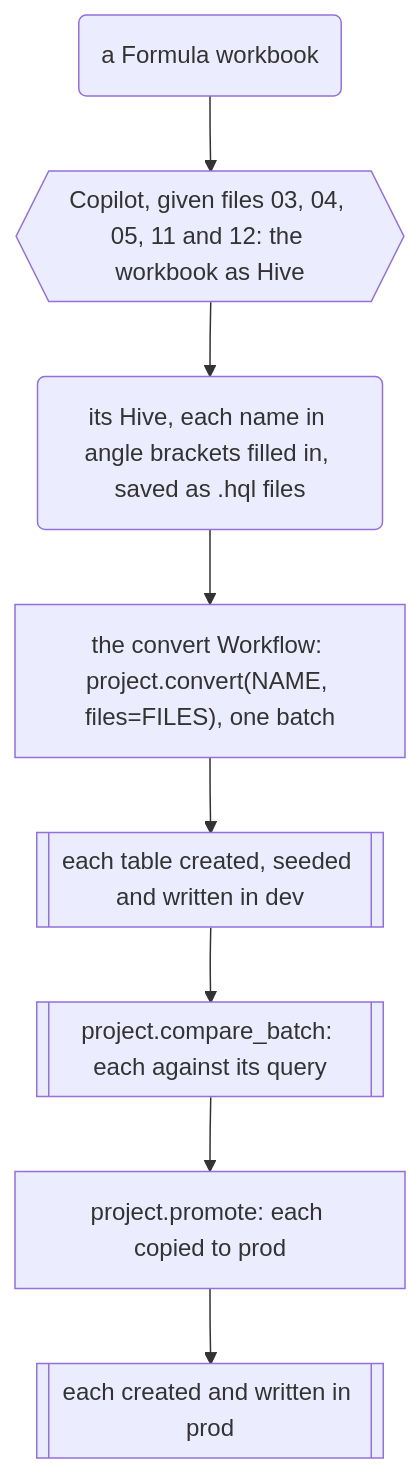
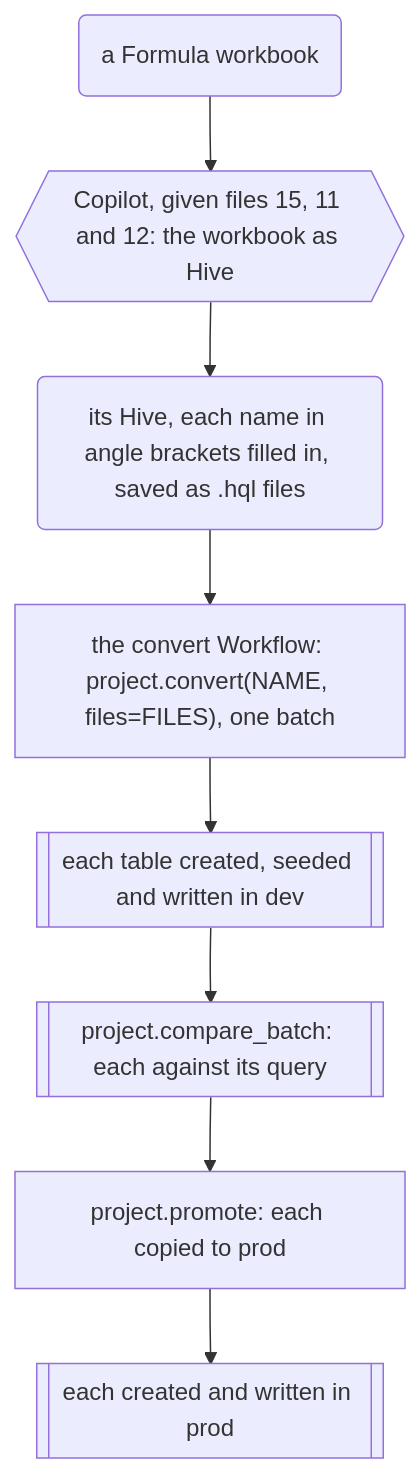
The eighth of 8 diagrams in .github/README.md (EdgyPage/SQL-Composer), drawn with Mermaid before and after one commit. The commit also changed other lines of this file and 152 other files, not shown here.

````diff
--- a/.github/README.md
+++ b/.github/README.md
@@ -922,12 +1303,12 @@
 ```mermaid
 flowchart TD
     workbook("a Formula workbook")
-    copilot{{"Copilot, given files 03, 04, 05, 11 and 12: the workbook as Hive"}}
+    copilot{{"Copilot, given files 15, 11 and 12: the workbook as Hive"}}
     scripts("its Hive, each name in angle brackets filled in, saved as .hql files")
     convert["the convert Workflow: project.convert(NAME, files=FILES), one batch"]
     dev[["each table created, seeded and written in dev"]]
     compare[["project.compare_batch: each against its query"]]
     promote["project.promote: each copied to prod"]
     prod[["each created and written in prod"]]
     workbook --> copilot --> scripts --> convert --> dev --> compare --> promote --> prod
 ```
````
